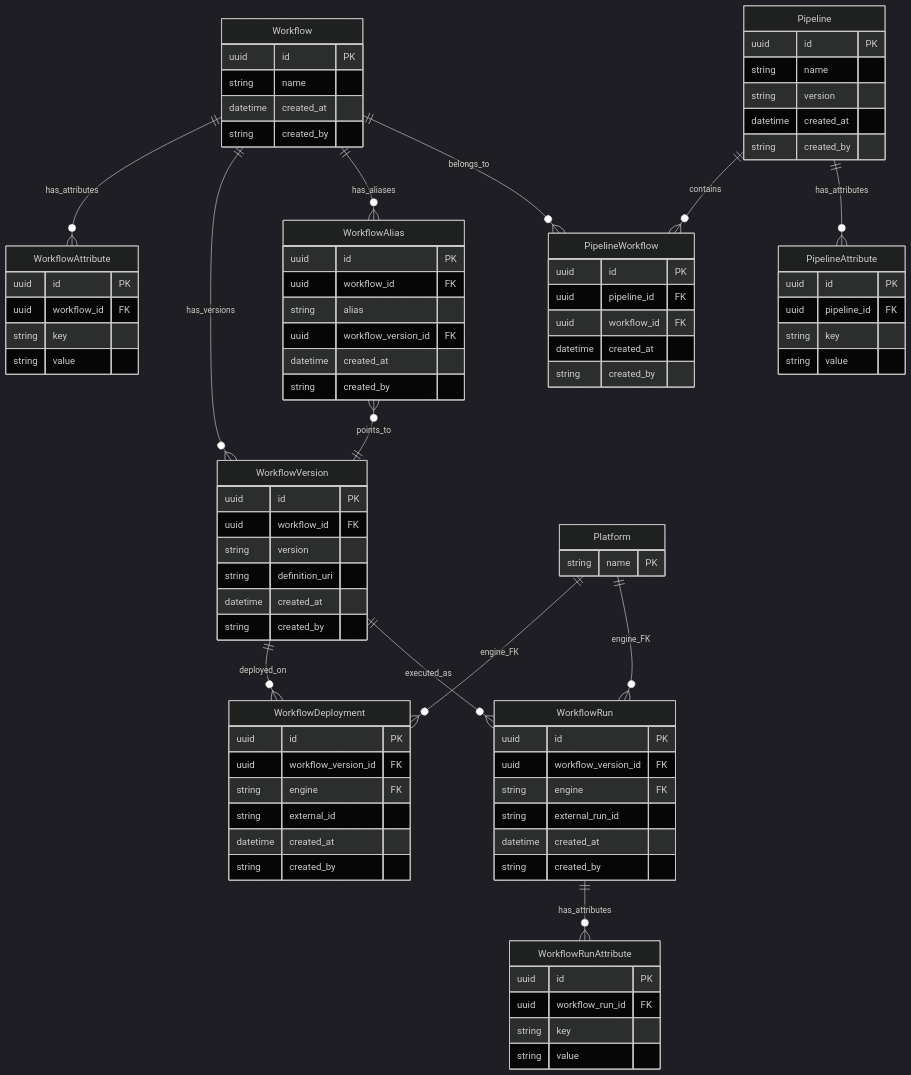
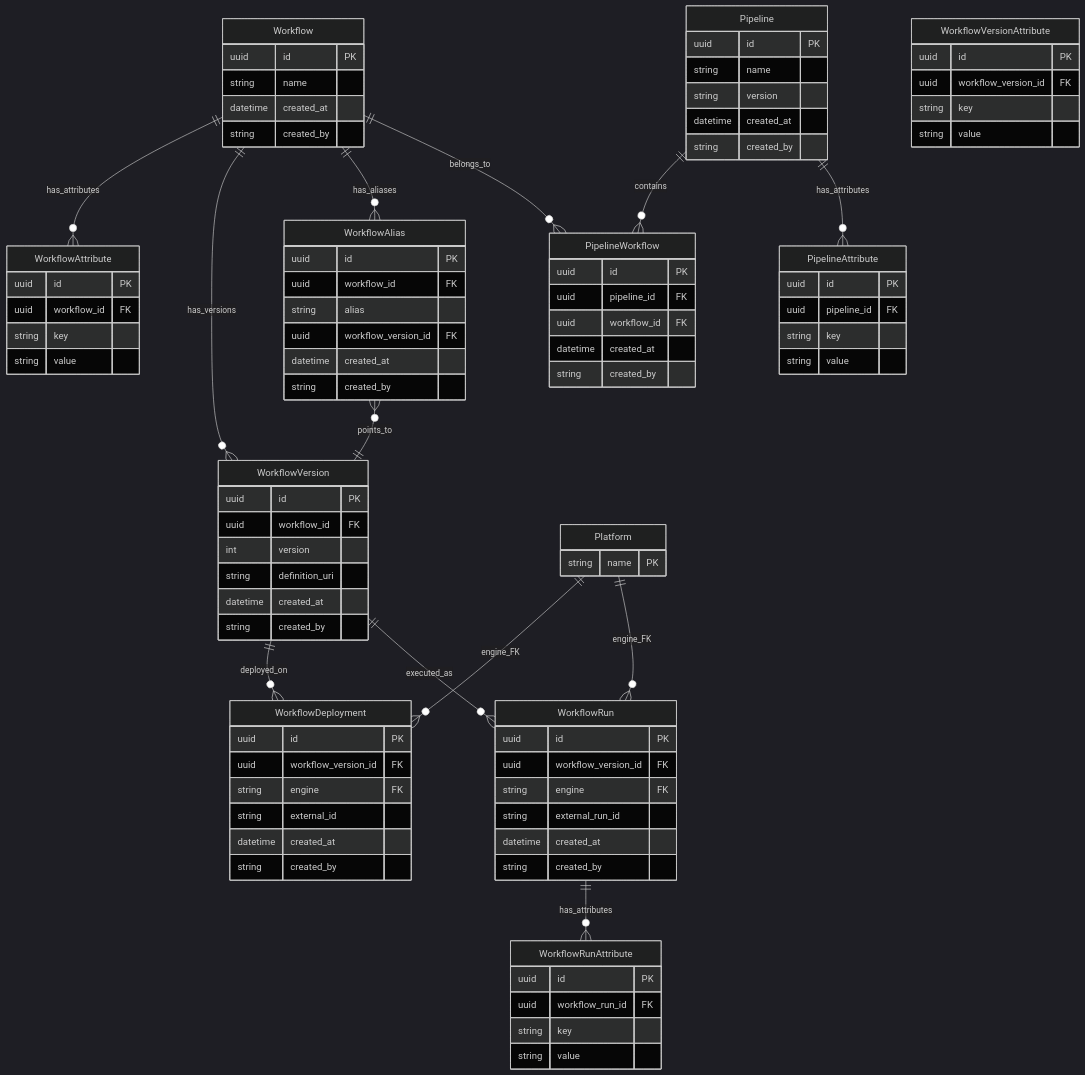
The diagram in docs/WORKFLOWS_AND_PIPELINES.md (NGS360/APIServer), drawn with Mermaid (dark theme) before and after one commit.

Commit message:
Make WorkflowVersion.version an int and add WorkflowVersionAttribute

```diff
--- a/docs/WORKFLOWS_AND_PIPELINES.md
+++ b/docs/WORKFLOWS_AND_PIPELINES.md
@@ -57,10 +57,17 @@
     WorkflowVersion {
         uuid id PK
         uuid workflow_id FK
-        string version
+        int version
         string definition_uri
         datetime created_at
         string created_by
+    }
+
+    WorkflowVersionAttribute {
+        uuid id PK
+        uuid workflow_version_id FK
+        string key
+        string value
     }
 
     WorkflowAlias {
```
